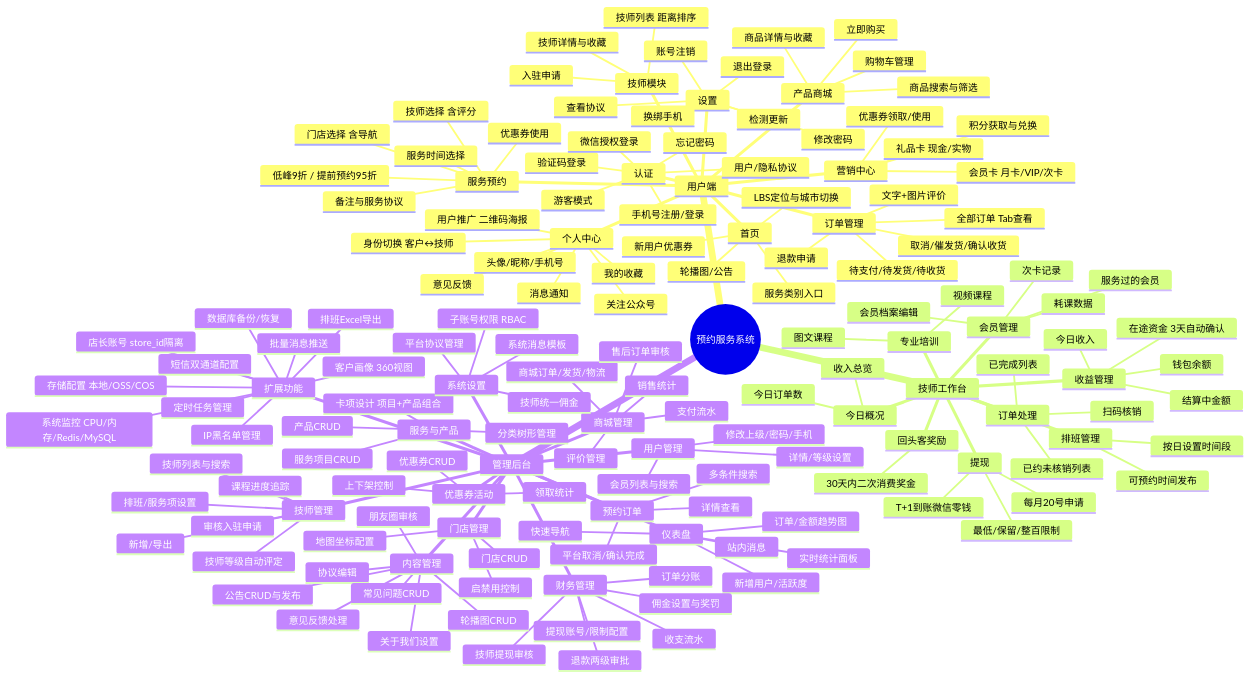
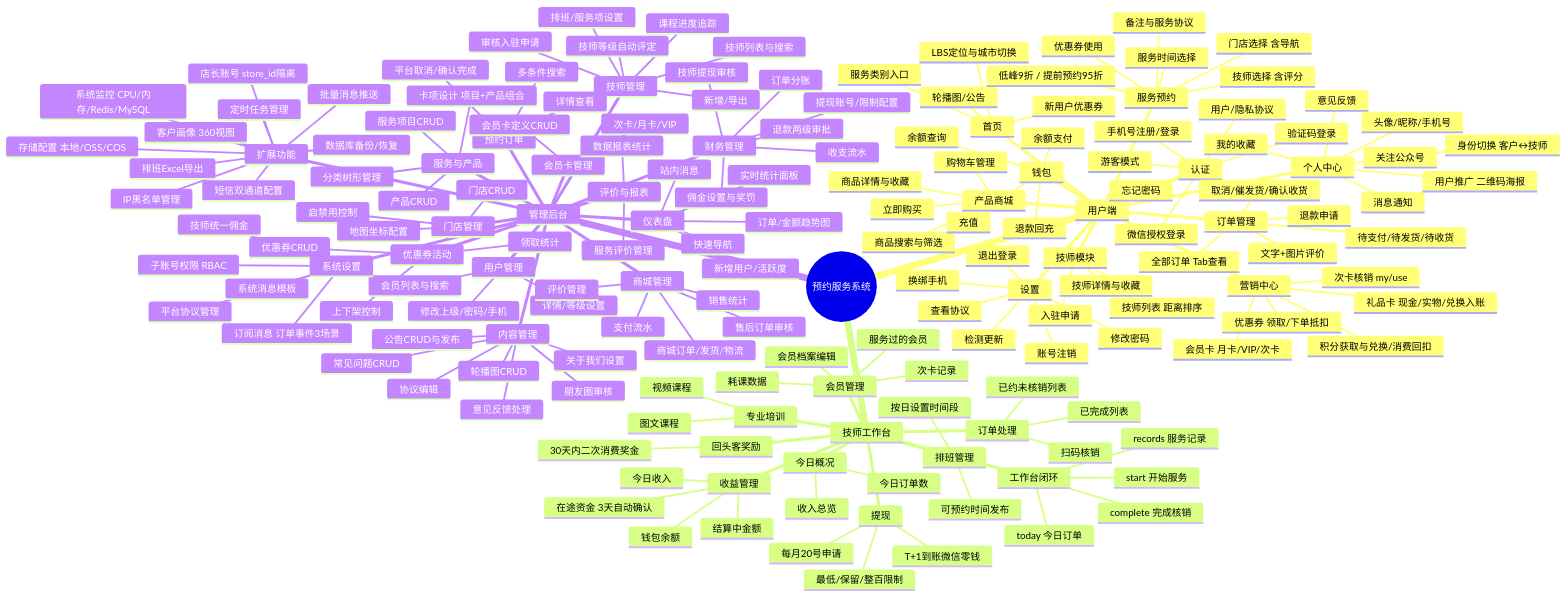
One commit to erikwang2013/appointment-php changed the diagram in docs/diagrams/FUNCTION-DIAGRAM.md. Above: the diagram before and after it, drawn with Mermaid. The commit also changed 13 other files, not shown here.

First line of the commit message:
docs: 架构/结构更新 + 5 图源修订 + 8 SVG 重新生成

```diff
--- a/docs/diagrams/FUNCTION-DIAGRAM.md
+++ b/docs/diagrams/FUNCTION-DIAGRAM.md
@@ -39,10 +39,16 @@
         技师详情与收藏
         入驻申请
       营销中心
-        优惠券领取/使用
+        优惠券 领取/下单抵扣
         会员卡 月卡/VIP/次卡
-        积分获取与兑换
-        礼品卡 现金/实物
+        次卡核销 my/use
+        积分获取与兑换/消费回扣
+        礼品卡 现金/实物/兑换入账
+      钱包
+        余额查询
+        充值
+        余额支付
+        退款回充
       个人中心
         头像/昵称/手机号
         身份切换 客户↔技师
@@ -60,6 +66,11 @@
         退出登录
 
     技师工作台
+      工作台闭环
+        today 今日订单
+        records 服务记录
+        start 开始服务
+        complete 完成核销
       今日概况
         今日订单数
         收入总览
@@ -131,6 +142,12 @@
         优惠券CRUD
         上下架控制
         领取统计
+      会员卡管理
+        会员卡定义CRUD
+        次卡/月卡/VIP
+      评价与报表
+        服务评价管理
+        数据报表统计
       财务管理
         订单分账
         技师提现审核
@@ -150,6 +167,7 @@
         平台协议管理
         技师统一佣金
         系统消息模板
+        订阅消息 订单事件3场景
         子账号权限 RBAC
       扩展功能
         系统监控 CPU/内存/Redis/MySQL
```
